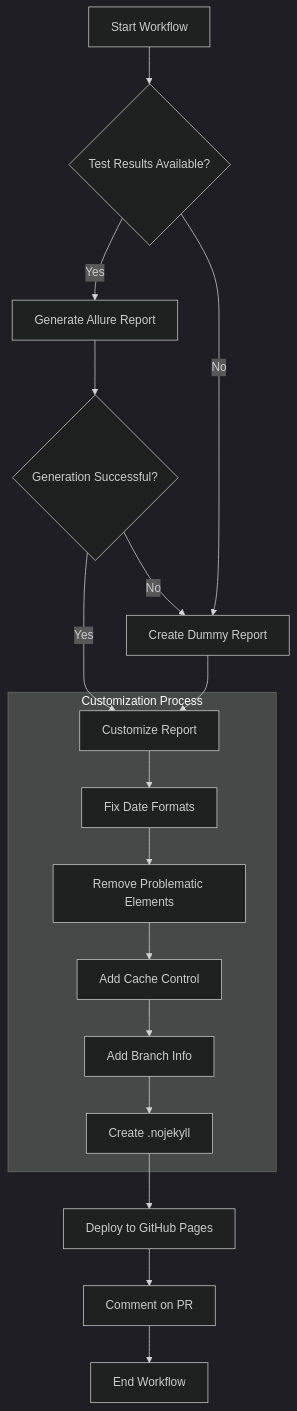
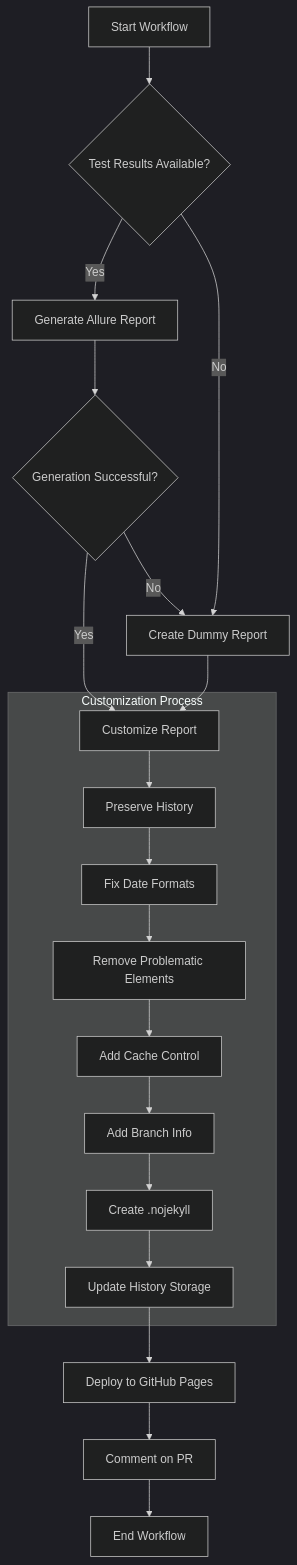
One commit to alex-wahl/Testopus changed the diagram in ci/docs/allure_customization_flow.md. Above: the diagram before and after it, drawn with Mermaid (dark theme). The commit also changed other lines of this file and 4 other files, not shown here.

````diff
--- a/ci/docs/allure_customization_flow.md
+++ b/ci/docs/allure_customization_flow.md
@@ -7,22 +7,24 @@
 ```mermaid
 flowchart TD
     A[Start Workflow] --> B{Test Results Available?}
     B -->|Yes| C[Generate Allure Report]
     B -->|No| D[Create Dummy Report]
     C --> E{Generation Successful?}
     E -->|Yes| F[Customize Report]
     E -->|No| D
     D --> F
     
     subgraph "Customization Process"
-    F --> G1[Fix Date Formats]
+    F --> G0[Preserve History]
+    G0 --> G1[Fix Date Formats]
     G1 --> G2[Remove Problematic Elements]
     G2 --> G3[Add Cache Control]
     G3 --> G4[Add Branch Info]
     G4 --> G5[Create .nojekyll]
+    G5 --> G6[Update History Storage]
     end
     
-    G5 --> H[Deploy to GitHub Pages]
+    G6 --> H[Deploy to GitHub Pages]
     H --> I[Comment on PR]
     I --> J[End Workflow]
 ```
````
